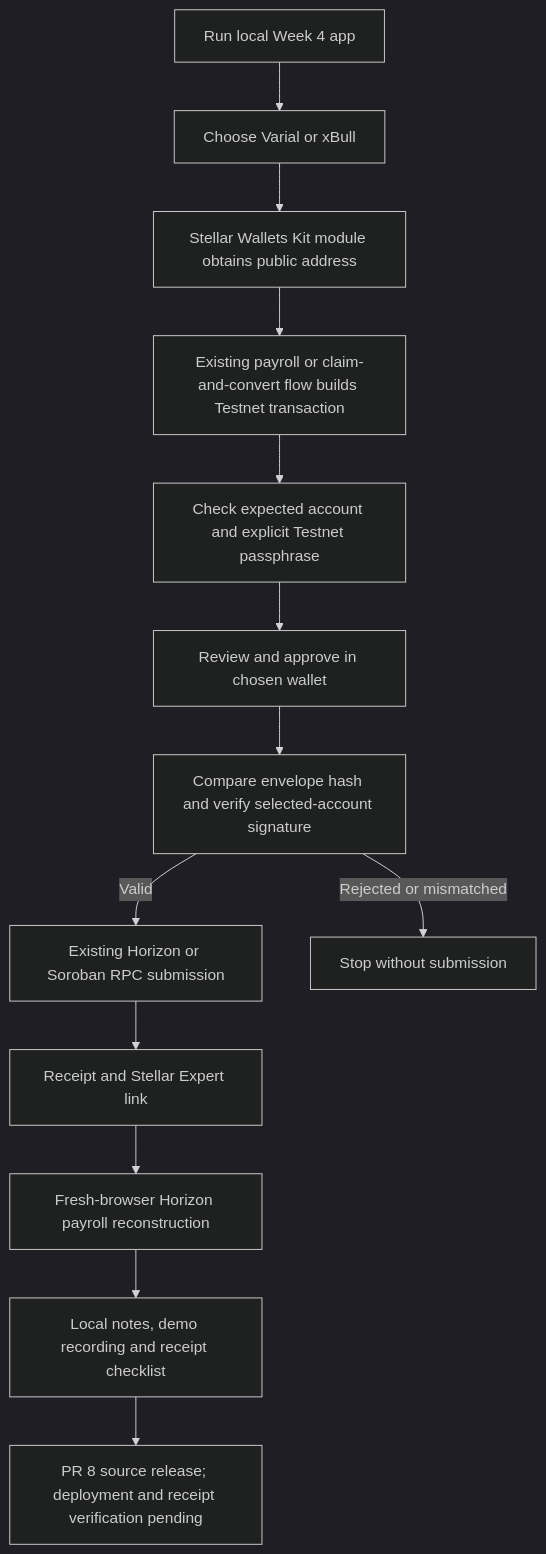
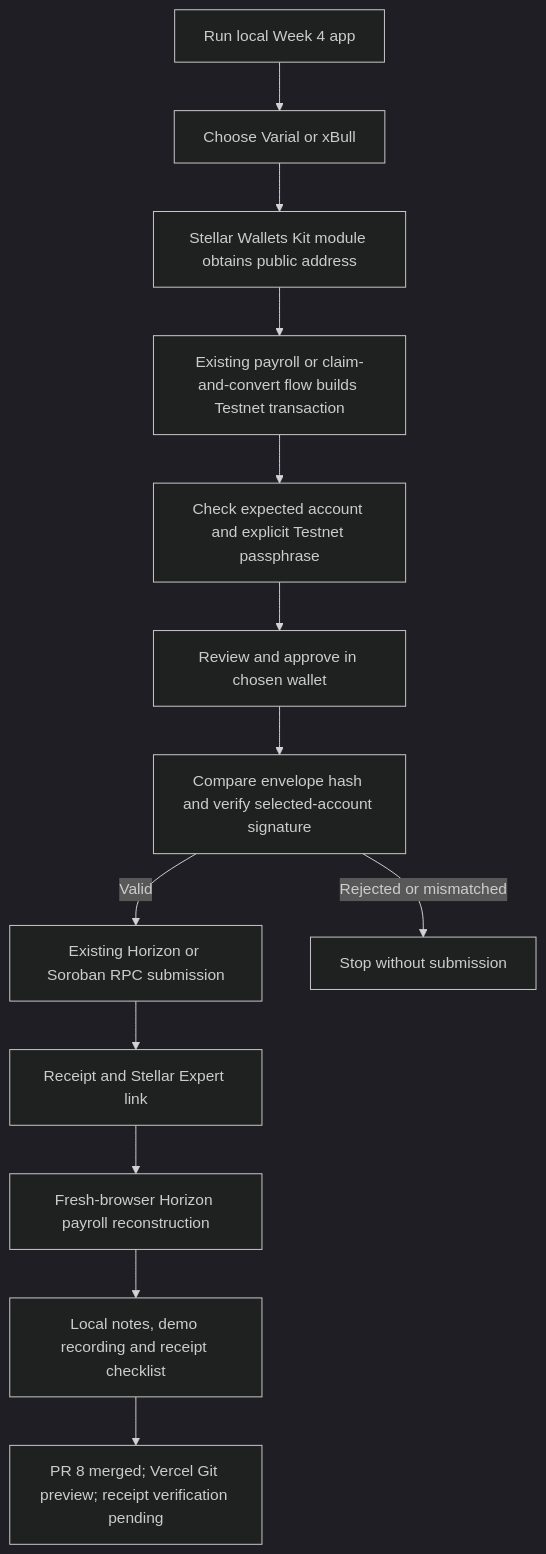
One commit to mrHeinrichh/sweldo changed the diagram in docs/week-4-wallets-demo.md. Above: the diagram before and after it, drawn with Mermaid (dark theme). The commit also changed other lines of this file and 4 other files, not shown here.

Commit message:
Document merged release and Git-triggered Vercel previews

````diff
--- a/docs/week-4-wallets-demo.md
+++ b/docs/week-4-wallets-demo.md
@@ -25,15 +25,15 @@
 ```mermaid
 flowchart TD
     A[Run local Week 4 app] --> B[Choose Varial or xBull]
     B --> C[Stellar Wallets Kit module obtains public address]
     C --> D[Existing payroll or claim-and-convert flow builds Testnet transaction]
     D --> E[Check expected account and explicit Testnet passphrase]
     E --> F[Review and approve in chosen wallet]
     F --> G[Compare envelope hash and verify selected-account signature]
     G -->|Valid| H[Existing Horizon or Soroban RPC submission]
     G -->|Rejected or mismatched| I[Stop without submission]
     H --> J[Receipt and Stellar Expert link]
     J --> K[Fresh-browser Horizon payroll reconstruction]
     K --> L[Local notes, demo recording and receipt checklist]
-    L --> M[PR 8 source release; deployment and receipt verification pending]
+    L --> M[PR 8 merged; Vercel Git preview; receipt verification pending]
 ```
````
